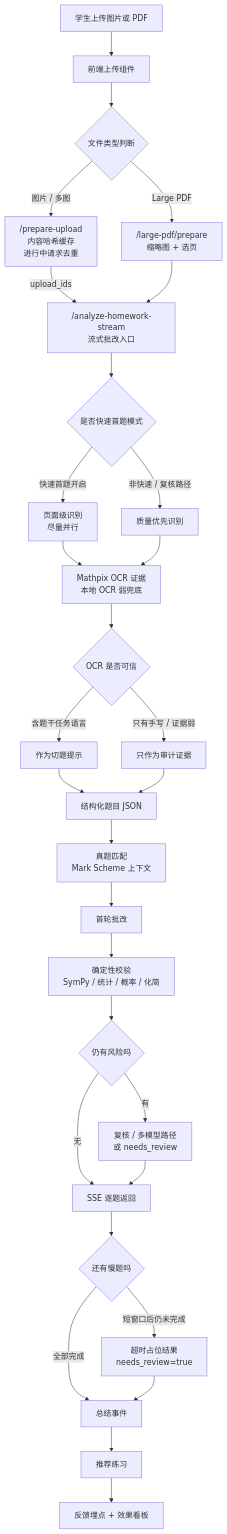
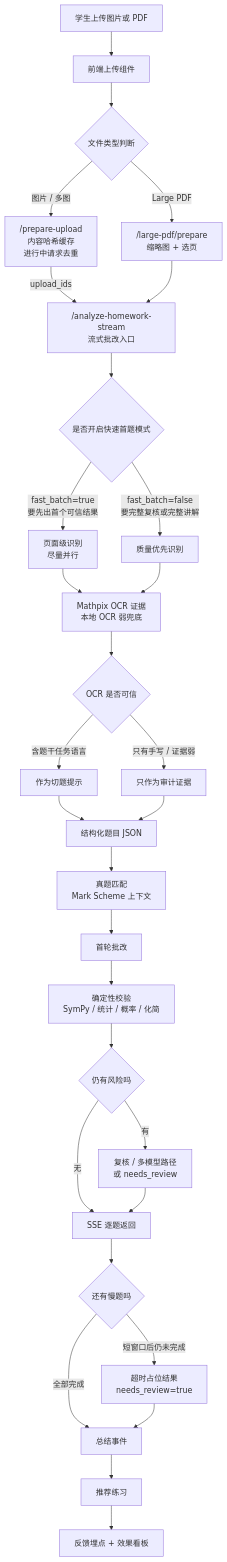
The diagram in docs/runtime-pipeline-and-benchmarks.md (berylinureye/alevel-assistant), drawn with Mermaid before and after one commit. The commit also changed other lines of this file, not shown here.

Commit message:
docs: clarify fast-first routing decision

````diff
--- a/docs/runtime-pipeline-and-benchmarks.md
+++ b/docs/runtime-pipeline-and-benchmarks.md
@@ -38,37 +26,37 @@
 ```mermaid
 flowchart TD
   U["学生上传图片或 PDF"] --> F["前端上传组件"]
   F --> P{"文件类型判断"}
 
   P -->|"图片 / 多图"| C["/prepare-upload<br/>内容哈希缓存<br/>进行中请求去重"]
   C -->|"upload_ids"| S["/analyze-homework-stream<br/>流式批改入口"]
   P -->|"Large PDF"| L["/large-pdf/prepare<br/>缩略图 + 选页"]
   L --> S
 
-  S --> R{"是否快速首题模式"}
-  R -->|"快速首题开启"| I["页面级识别<br/>尽量并行"]
-  R -->|"非快速 / 复核路径"| G["质量优先识别"]
+  S --> R{"是否开启快速首题模式"}
+  R -->|"fast_batch=true<br/>要先出首个可信结果"| I["页面级识别<br/>尽量并行"]
+  R -->|"fast_batch=false<br/>要完整复核或完整讲解"| G["质量优先识别"]
 
   I --> O["Mathpix OCR 证据<br/>本地 OCR 弱兜底"]
   G --> O
   O --> Q{"OCR 是否可信"}
   Q -->|"含题干任务语言"| H["作为切题提示"]
   Q -->|"只有手写 / 证据弱"| A["只作为审计证据"]
 
   H --> X["结构化题目 JSON"]
   A --> X
   X --> M["真题匹配<br/>Mark Scheme 上下文"]
   M --> B["首轮批改"]
   B --> V["确定性校验<br/>SymPy / 统计 / 概率 / 化简"]
   V --> D{"仍有风险吗"}
   D -->|"有"| W["复核 / 多模型路径<br/>或 needs_review"]
   D -->|"无"| E["SSE 逐题返回"]
   W --> E
 
   E --> T{"还有慢题吗"}
   T -->|"短窗口后仍未完成"| N["超时占位结果<br/>needs_review=true"]
   T -->|"全部完成"| Z["总结事件"]
   N --> Z
   Z --> K["推荐练习"]
   K --> J["反馈埋点 + 效果看板"]
 ```
````
